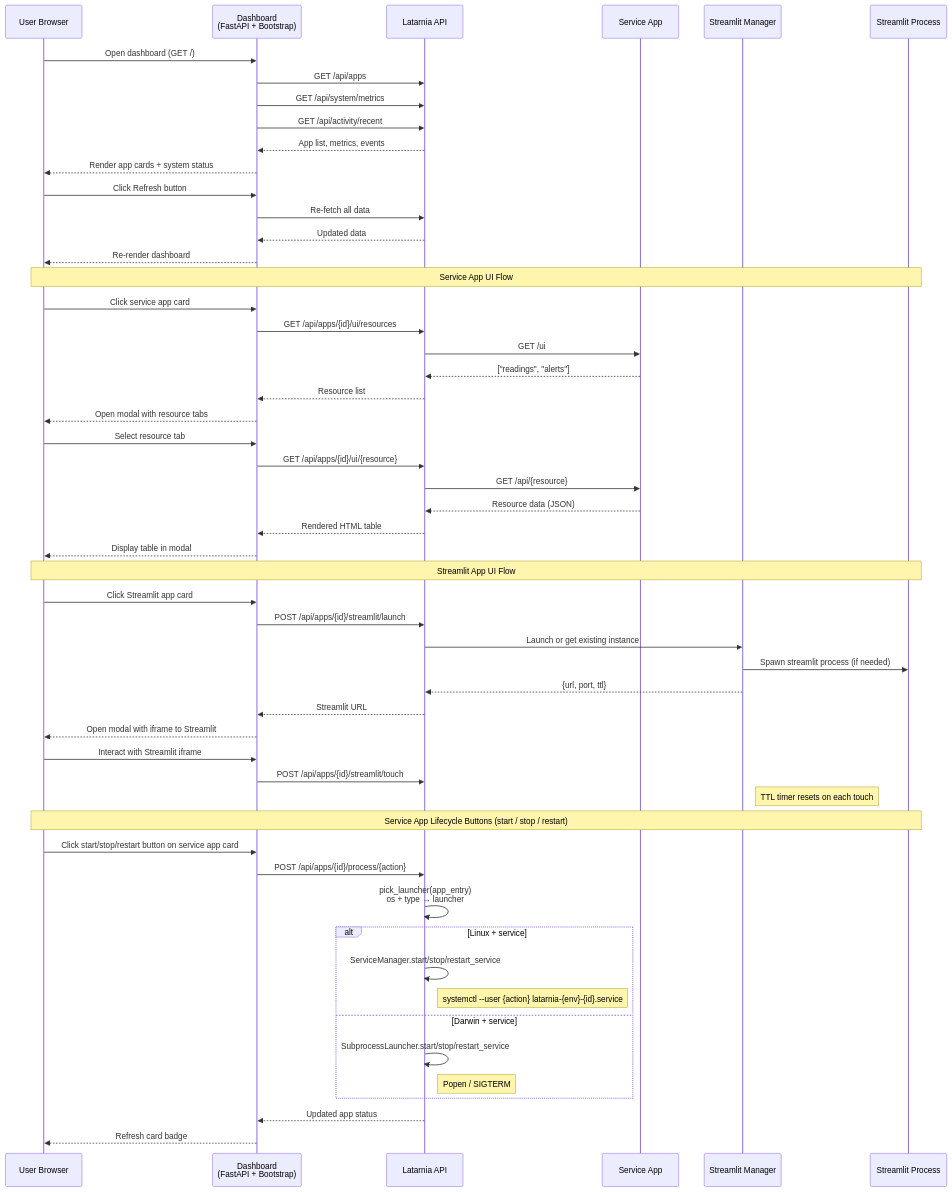
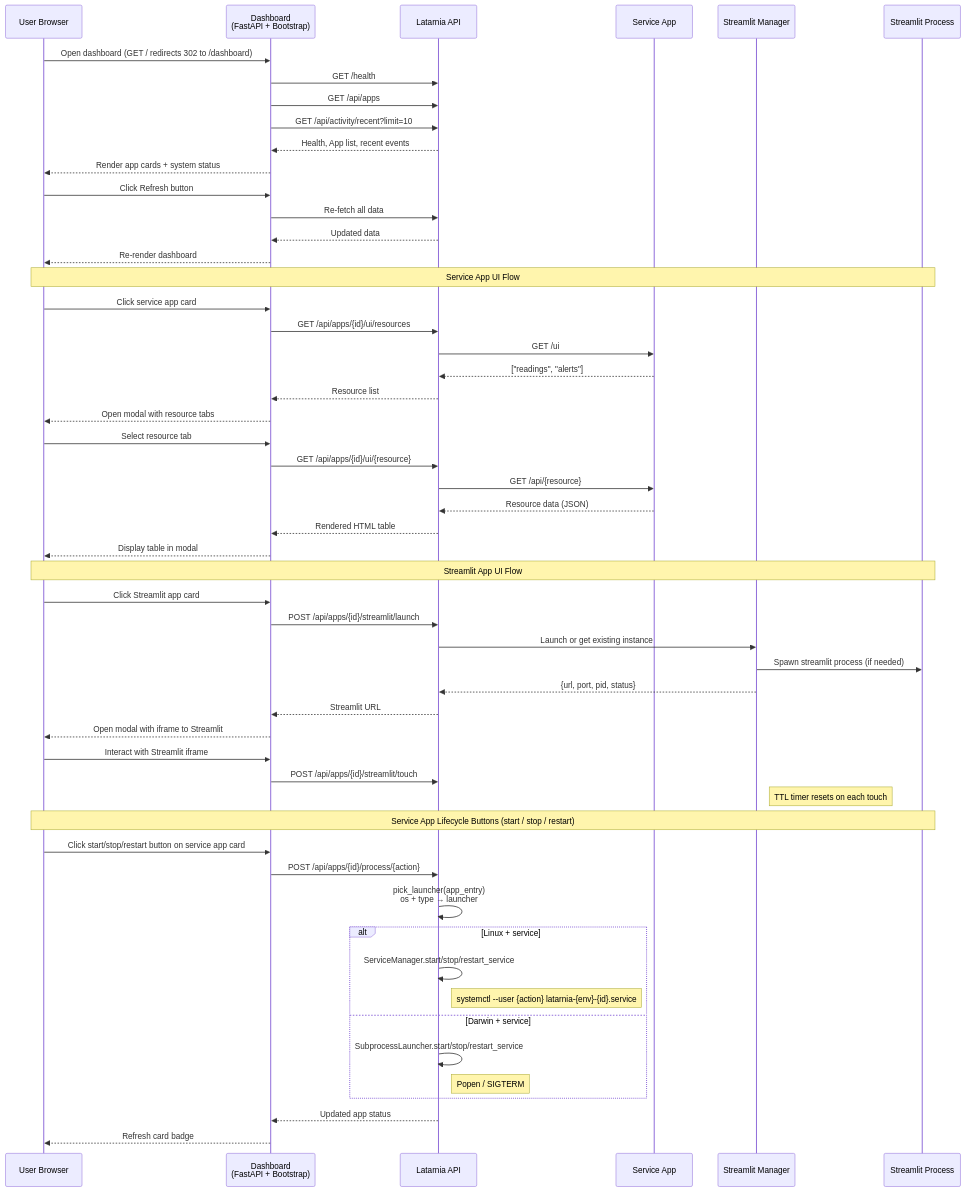
One commit to felipe-stanham/Latarnia changed the third of 16 diagrams in docs/System/workflows.md. Above: the diagram before and after it, drawn with Mermaid. The commit also changed other lines of this file and 10 other files, not shown here.

````diff
--- a/docs/System/workflows.md
+++ b/docs/System/workflows.md
@@ -106,66 +106,66 @@
 ```mermaid
 sequenceDiagram
     participant User as User Browser
     participant Dash as Dashboard<br/>(FastAPI + Bootstrap)
     participant API as Latarnia API
     participant SvcApp as Service App
     participant StMgr as Streamlit Manager
     participant StApp as Streamlit Process
 
-    User->>Dash: Open dashboard (GET /)
+    User->>Dash: Open dashboard (GET / redirects 302 to /dashboard)
+    Dash->>API: GET /health
     Dash->>API: GET /api/apps
-    Dash->>API: GET /api/system/metrics
-    Dash->>API: GET /api/activity/recent
-    API-->>Dash: App list, metrics, events
+    Dash->>API: GET /api/activity/recent?limit=10
+    API-->>Dash: Health, App list, recent events
     Dash-->>User: Render app cards + system status
 
     User->>Dash: Click Refresh button
     Dash->>API: Re-fetch all data
     API-->>Dash: Updated data
     Dash-->>User: Re-render dashboard
 
     Note over User,StApp: Service App UI Flow
 
     User->>Dash: Click service app card
     Dash->>API: GET /api/apps/{id}/ui/resources
     API->>SvcApp: GET /ui
     SvcApp-->>API: ["readings", "alerts"]
     API-->>Dash: Resource list
     Dash-->>User: Open modal with resource tabs
 
     User->>Dash: Select resource tab
     Dash->>API: GET /api/apps/{id}/ui/{resource}
     API->>SvcApp: GET /api/{resource}
     SvcApp-->>API: Resource data (JSON)
     API-->>Dash: Rendered HTML table
     Dash-->>User: Display table in modal
 
     Note over User,StApp: Streamlit App UI Flow
 
     User->>Dash: Click Streamlit app card
     Dash->>API: POST /api/apps/{id}/streamlit/launch
     API->>StMgr: Launch or get existing instance
     StMgr->>StApp: Spawn streamlit process (if needed)
-    StMgr-->>API: {url, port, ttl}
+    StMgr-->>API: {url, port, pid, status}
     API-->>Dash: Streamlit URL
     Dash-->>User: Open modal with iframe to Streamlit
 
     User->>Dash: Interact with Streamlit iframe
     Dash->>API: POST /api/apps/{id}/streamlit/touch
     Note right of StMgr: TTL timer resets on each touch
 
     Note over User,StApp: Service App Lifecycle Buttons (start / stop / restart)
 
     User->>Dash: Click start/stop/restart button on service app card
     Dash->>API: POST /api/apps/{id}/process/{action}
     API->>API: pick_launcher(app_entry)<br/>os + type → launcher
     alt Linux + service
         API->>API: ServiceManager.start/stop/restart_service
         Note right of API: systemctl --user {action} latarnia-{env}-{id}.service
     else Darwin + service
         API->>API: SubprocessLauncher.start/stop/restart_service
         Note right of API: Popen / SIGTERM
     end
     API-->>Dash: Updated app status
     Dash-->>User: Refresh card badge
 ```
````
